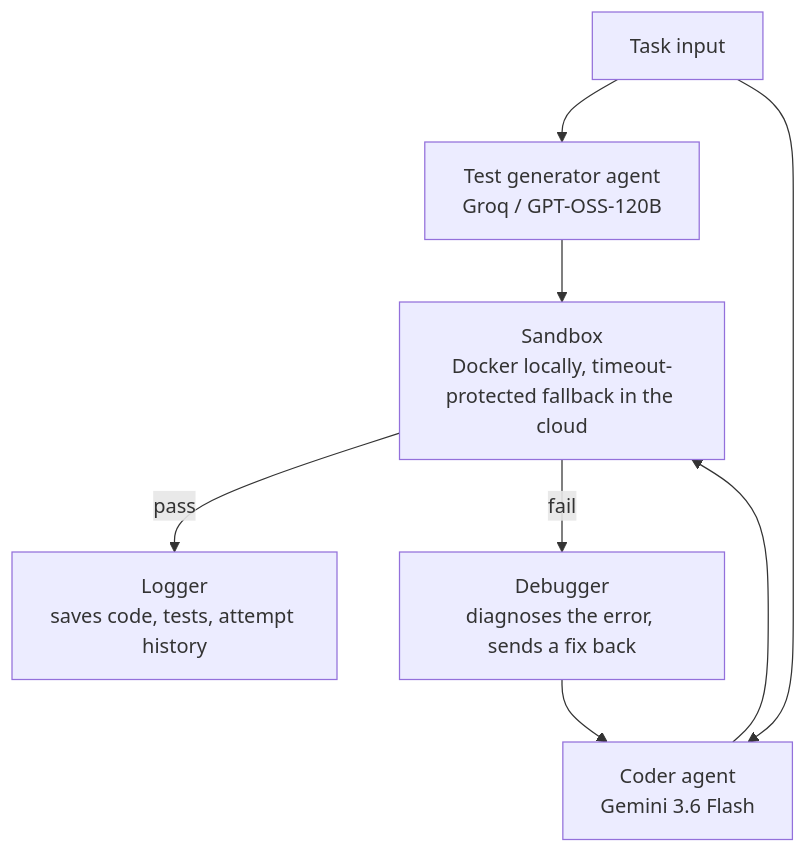
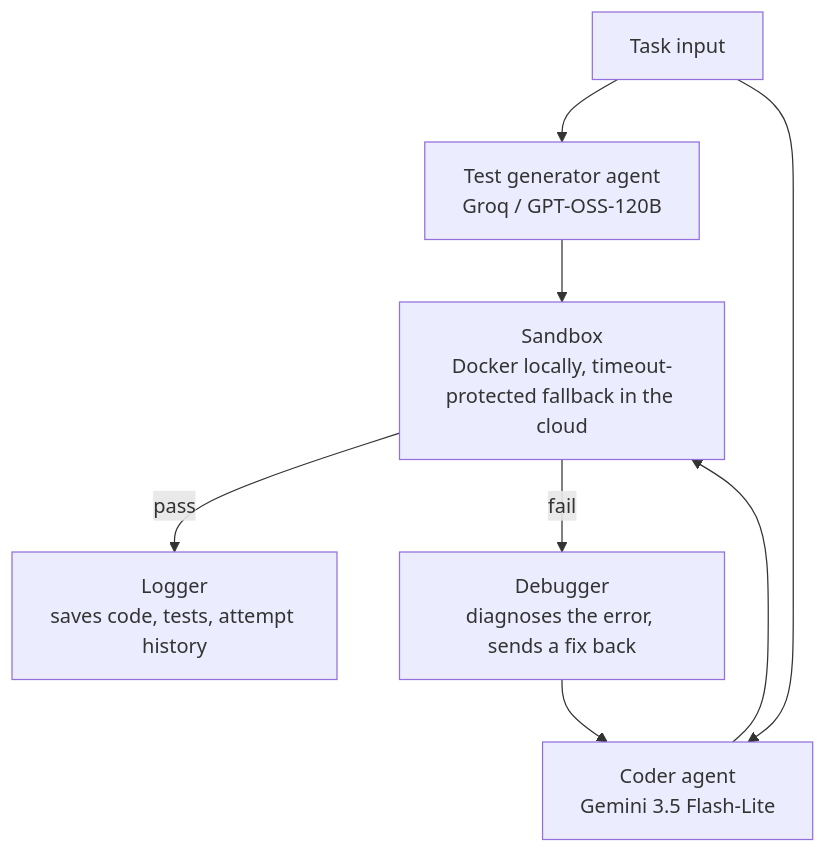
One commit to vishal0205/multi-agent-coding-assistant changed the diagram in README.md. Above: the diagram before and after it, drawn with Mermaid. The commit also changed other lines of this file and 1 other file, not shown here.

````diff
--- a/README.md
+++ b/README.md
@@ -15,10 +16,10 @@
 ```mermaid
 flowchart TD
     A[Task input] --> B[Test generator agent<br/>Groq / GPT-OSS-120B]
-    A --> C[Coder agent<br/>Gemini 3.6 Flash]
+    A --> C[Coder agent<br/>Gemini 3.5 Flash-Lite]
     B --> D[Sandbox<br/>Docker locally, timeout-protected fallback in the cloud]
     C --> D
     D -->|pass| E[Logger<br/>saves code, tests, attempt history]
     D -->|fail| F[Debugger<br/>diagnoses the error, sends a fix back]
     F --> C
 ```
````
